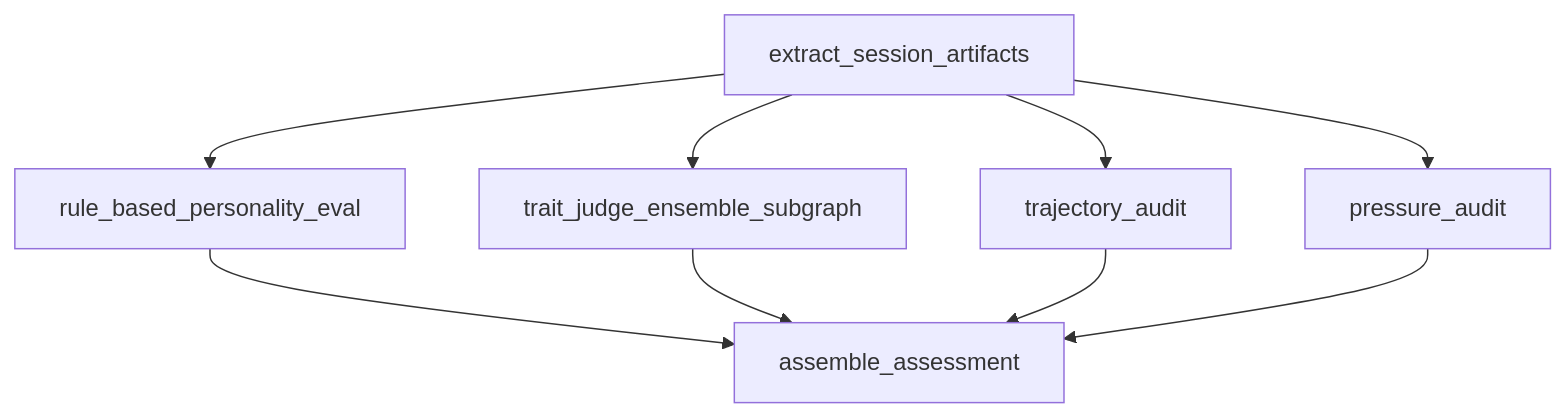
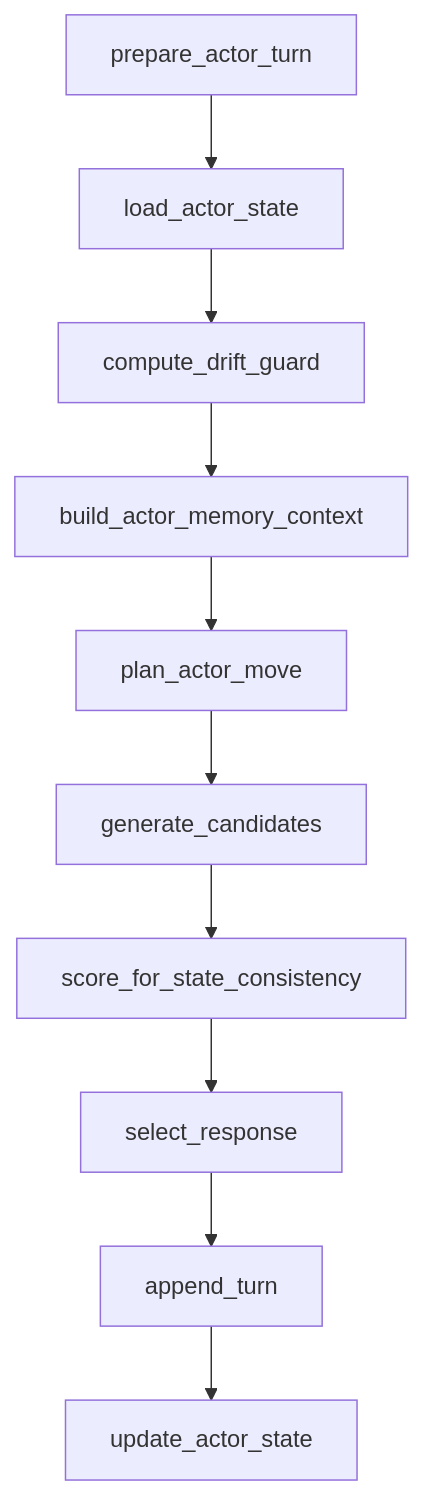
The fourth of 4 diagrams in 2026-03-06-1357-langGraph.md (pimangnono/UbeU), drawn with Mermaid before and after one commit. The commit also changed other lines of this file and 310 other files, not shown here.

````diff
--- a/2026-03-06-1357-langGraph.md
+++ b/2026-03-06-1357-langGraph.md
@@ -369,11 +728,12 @@
 ```mermaid
 flowchart TD
-    A0["extract_session_artifacts"] --> A1["rule_based_personality_eval"]
-    A0 --> A2["trait_judge_ensemble_subgraph"]
-    A0 --> A3["trajectory_audit"]
-    A0 --> A4["pressure_audit"]
-    A1 --> A5["assemble_assessment"]
-    A2 --> A5
-    A3 --> A5
-    A4 --> A5
+    A0["prepare_actor_turn"] --> A1["load_actor_state"]
+    A1 --> A2["compute_drift_guard"]
+    A2 --> A3["build_actor_memory_context"]
+    A3 --> A4["plan_actor_move"]
+    A4 --> A5["generate_candidates"]
+    A5 --> A6["score_for_state_consistency"]
+    A6 --> A7["select_response"]
+    A7 --> A8["append_turn"]
+    A8 --> A9["update_actor_state"]
 ```
````
